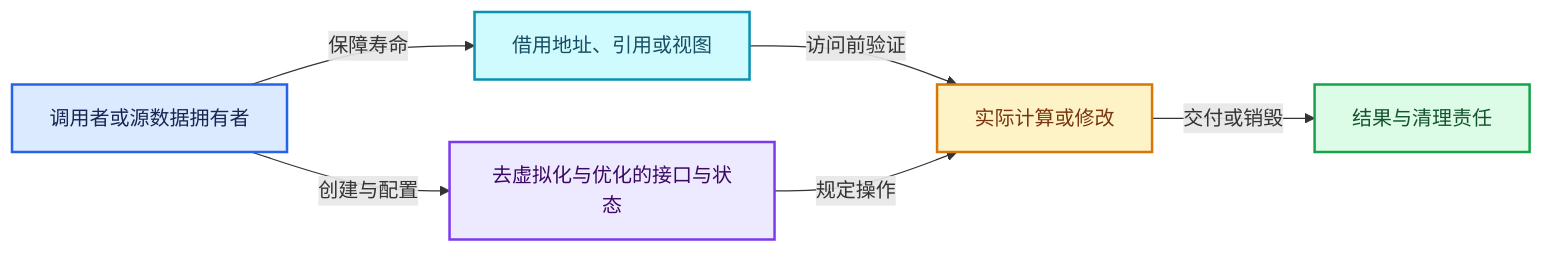
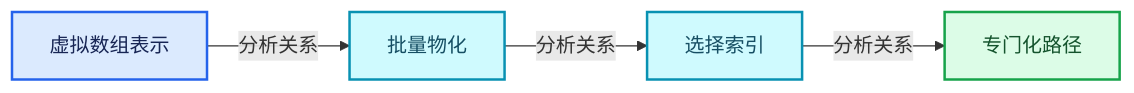
One commit to yunkezengren/blender-.vscode changed the third of 4 diagrams in 杂/markdown/全面学习-codex/04-虚拟数组与索引选择/07-去虚拟化与优化.md. Above: the diagram before and after it, drawn with Mermaid. The commit also changed other lines of this file and 1930 other files, not shown here.

````diff
--- a/杂/markdown/全面学习-codex/04-虚拟数组与索引选择/07-去虚拟化与优化.md
+++ b/杂/markdown/全面学习-codex/04-虚拟数组与索引选择/07-去虚拟化与优化.md
@@ -490,19 +58,16 @@
 ```mermaid
 flowchart LR
-  O["调用者或源数据拥有者"]:::input
-  V["去虚拟化与优化的接口与状态"]:::abstraction
-  B["借用地址、引用或视图"]:::data
-  W["实际计算或修改"]:::compute
-  R["结果与清理责任"]:::result
-  O -->|"创建与配置"| V
-  O -->|"保障寿命"| B
-  B -->|"访问前验证"| W
-  V -->|"规定操作"| W
-  W -->|"交付或销毁"| R
+  P0["虚拟数组表示"]:::input
+  P1["批量物化"]:::data
+  P2["选择索引"]:::data
+  P3["专门化路径"]:::result
+  P0 -->|"分析关系"| P1
+  P1 -->|"分析关系"| P2
+  P2 -->|"分析关系"| P3
   classDef input fill:#DBEAFE,stroke:#2563EB,color:#172554,stroke-width:2px;
   classDef data fill:#CFFAFE,stroke:#0891B2,color:#164E63,stroke-width:2px;
   classDef abstraction fill:#EDE9FE,stroke:#7C3AED,color:#3B0764,stroke-width:2px;
   classDef compute fill:#FEF3C7,stroke:#D97706,color:#78350F,stroke-width:2px;
   classDef result fill:#DCFCE7,stroke:#16A34A,color:#14532D,stroke-width:2px;
   classDef error fill:#FEE2E2,stroke:#DC2626,color:#7F1D1D,stroke-width:2px;
 ```
````
